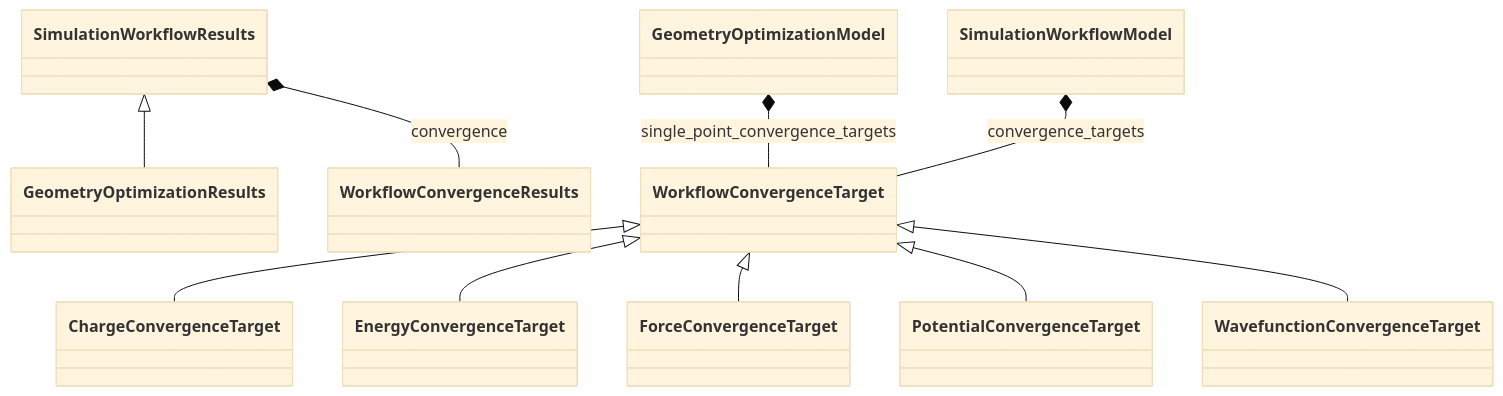
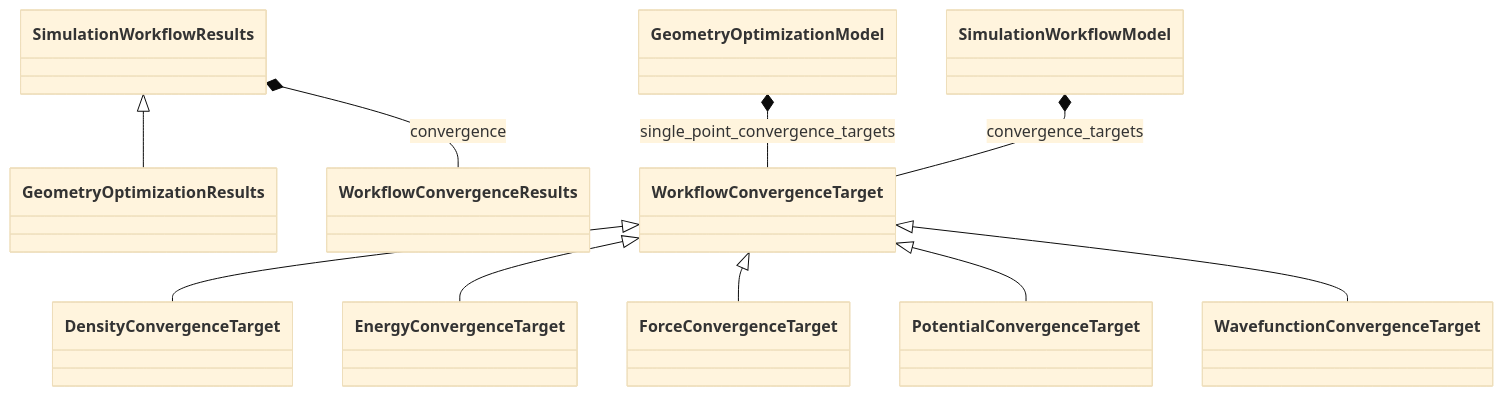
Before and after one commit to FAIRmat-NFDI/nomad-simulations: the diagram in docs/schema/workflow_convergence.diagram.md, drawn with Mermaid (base theme). The commit also changed 10 other files, not shown here.

First line of the commit message:
Correct SCF-step convergence residuals and split `delta_density_rms` (#452, #453, #454)

````diff
--- a/docs/schema/workflow_convergence.diagram.md
+++ b/docs/schema/workflow_convergence.diagram.md
@@ -14,34 +14,34 @@
 ```mermaid
 classDiagram
-    class ChargeConvergenceTarget {
+    class DensityConvergenceTarget {
     }
     class EnergyConvergenceTarget {
     }
     class ForceConvergenceTarget {
     }
     class GeometryOptimizationModel {
     }
     class GeometryOptimizationResults {
     }
     class PotentialConvergenceTarget {
     }
     class SimulationWorkflowModel {
     }
     class SimulationWorkflowResults {
     }
     class WavefunctionConvergenceTarget {
     }
     class WorkflowConvergenceResults {
     }
     class WorkflowConvergenceTarget {
     }
-    WorkflowConvergenceTarget <|-- ChargeConvergenceTarget
+    WorkflowConvergenceTarget <|-- DensityConvergenceTarget
     WorkflowConvergenceTarget <|-- EnergyConvergenceTarget
     WorkflowConvergenceTarget <|-- ForceConvergenceTarget
     SimulationWorkflowResults <|-- GeometryOptimizationResults
     WorkflowConvergenceTarget <|-- PotentialConvergenceTarget
     WorkflowConvergenceTarget <|-- WavefunctionConvergenceTarget
     GeometryOptimizationModel *-- WorkflowConvergenceTarget : single_point_convergence_targets
     SimulationWorkflowModel *-- WorkflowConvergenceTarget : convergence_targets
     SimulationWorkflowResults *-- WorkflowConvergenceResults : convergence
 ```
````
